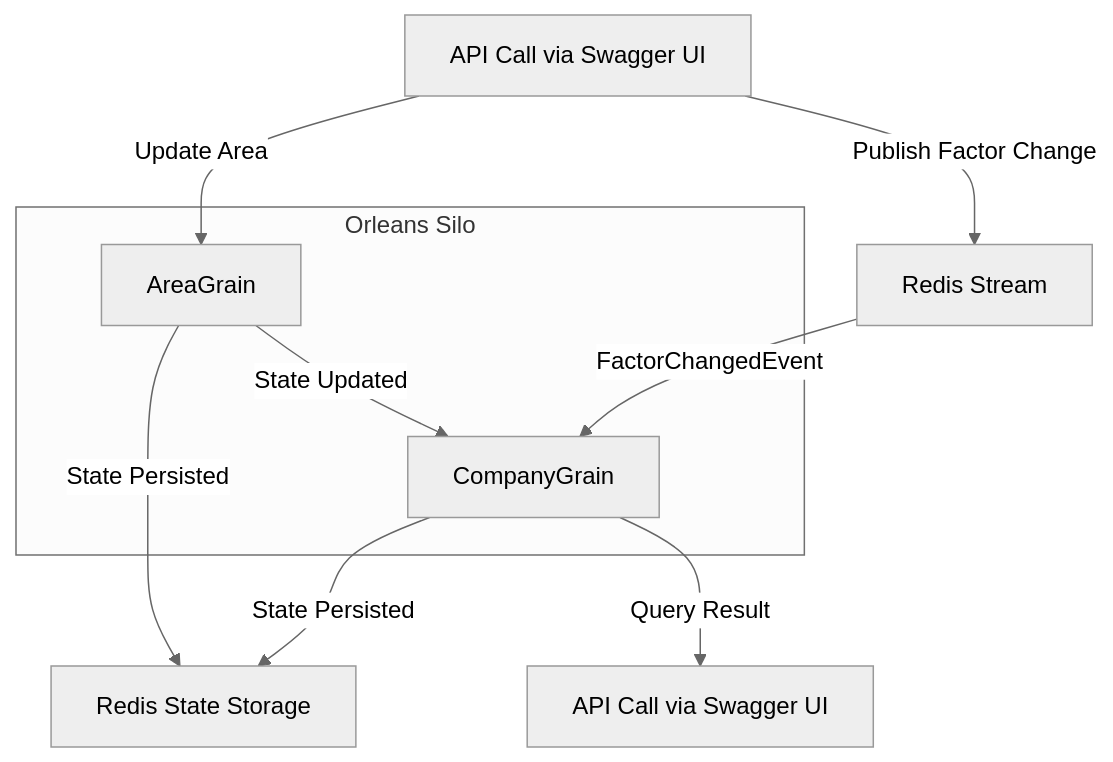
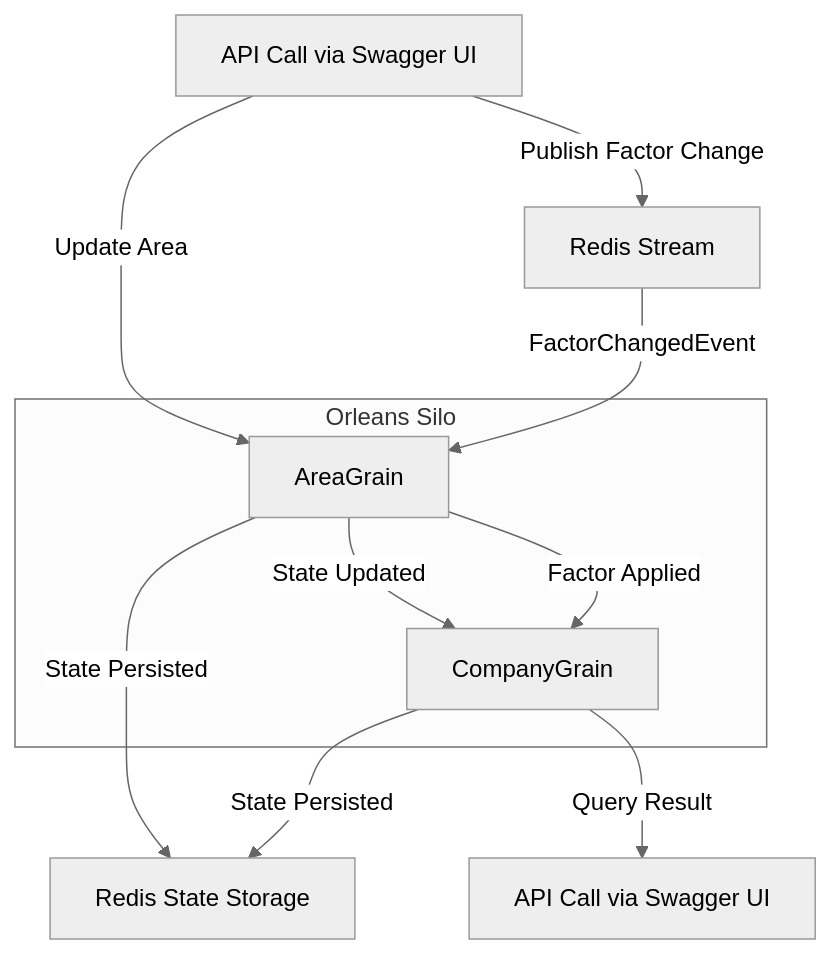
Before and after one commit to joelsodias/orleans-notification-sample: the diagram in README.md, drawn with Mermaid (neutral theme). The commit also changed other lines of this file, not shown here.

Commit message:
doc: update README adding a diagram

````diff
--- a/README.md
+++ b/README.md
@@ -104,17 +104,18 @@
 ```mermaid
 graph TD
     A[API Call via Swagger UI] -->|Update Area| B[AreaGrain]
     A -->|Publish Factor Change| D[Redis Stream]
     B -->|State Updated| C[CompanyGrain]
     B -->|State Persisted| F[Redis State Storage]
     C -->|State Persisted| F
-    D -->|FactorChangedEvent| C
+    D -->|FactorChangedEvent| B
+    B -->|Factor Applied| C
     C -->|Query Result| E[API Call via Swagger UI]
 
     subgraph Orleans Silo
         B
         C
     end
     D[Redis Stream]
     F[Redis State Storage]
 ```
````
